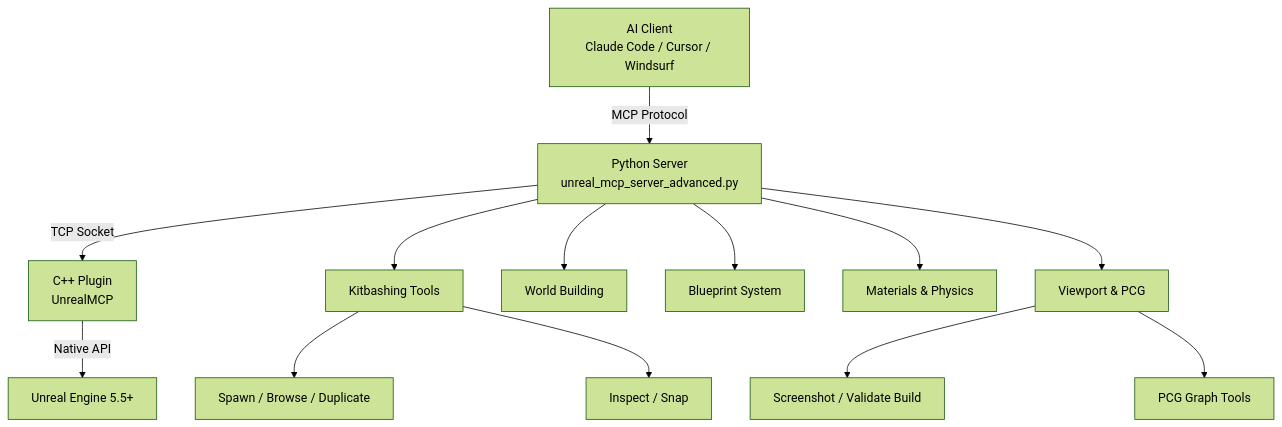
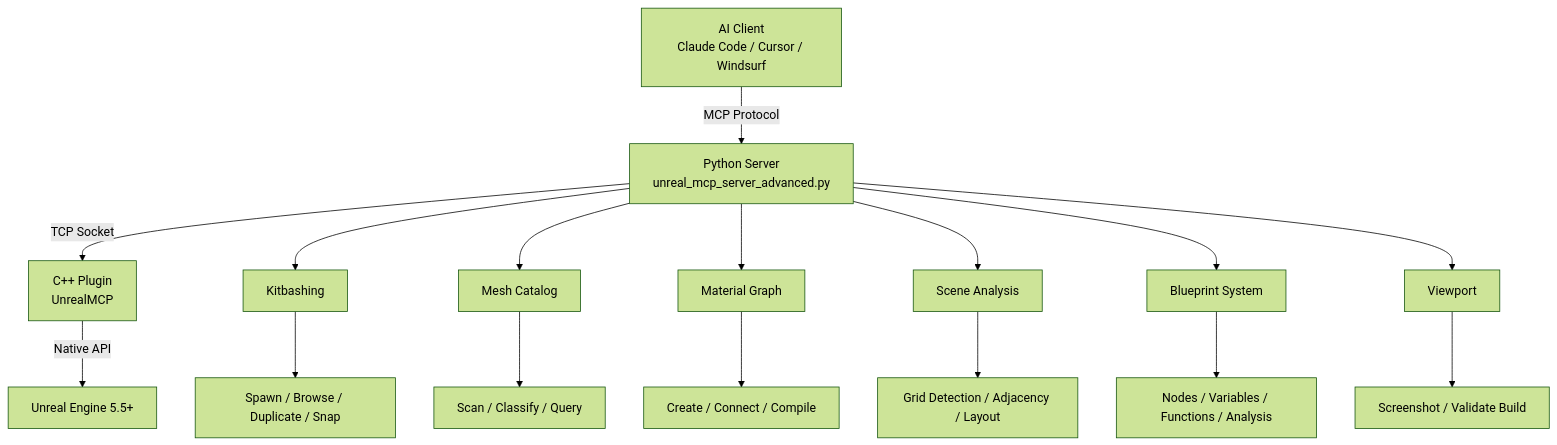
The diagram in README.md (LonglifeIO/rekit-mcp), drawn with Mermaid (forest theme) before and after one commit. The commit also changed other lines of this file, not shown here.

First line of the commit message:
Update README with mesh catalog, material graph, and scene analysis tools

````diff
--- a/README.md
+++ b/README.md
@@ -155,17 +205,24 @@
 ```mermaid
 graph TB
     A[AI Client<br/>Claude Code / Cursor / Windsurf] -->|MCP Protocol| B[Python Server<br/>unreal_mcp_server_advanced.py]
     B -->|TCP Socket| C[C++ Plugin<br/>UnrealMCP]
     C -->|Native API| D[Unreal Engine 5.5+]
 
-    B --> E[Kitbashing Tools]
-    E --> E1[Spawn / Browse / Duplicate]
-    E --> E2[Inspect / Snap]
+    B --> E[Kitbashing]
+    E --> E1[Spawn / Browse / Duplicate / Snap]
 
-    B --> F[World Building]
-    B --> G[Blueprint System]
-    B --> H[Materials & Physics]
-    B --> I[Viewport & PCG]
-    I --> I1[Screenshot / Validate Build]
-    I --> I2[PCG Graph Tools]
+    B --> F[Mesh Catalog]
+    F --> F1[Scan / Classify / Query]
+
+    B --> G[Material Graph]
+    G --> G1[Create / Connect / Compile]
+
+    B --> H[Scene Analysis]
+    H --> H1[Grid Detection / Adjacency / Layout]
+
+    B --> I[Blueprint System]
+    I --> I1[Nodes / Variables / Functions / Analysis]
+
+    B --> J[Viewport]
+    J --> J1[Screenshot / Validate Build]
 ```
````
